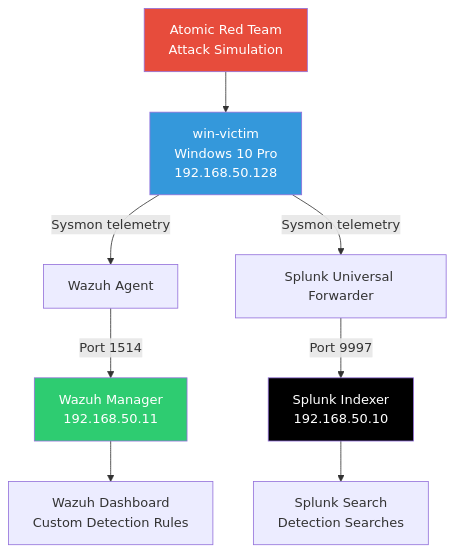
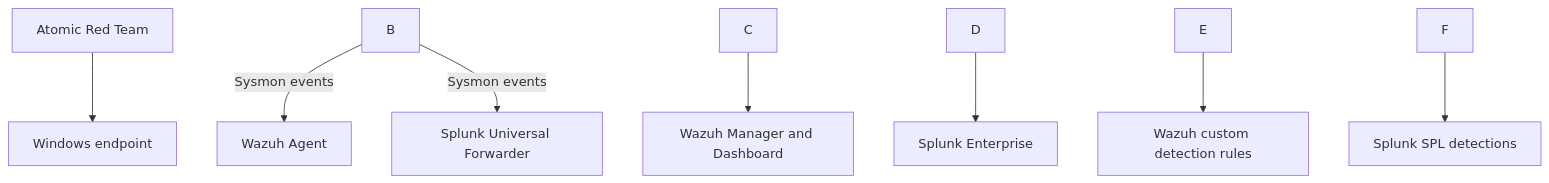
One commit to akashreddygaddam/endpoint-threat-detection changed the diagram in README.md. Above: the diagram before and after it, drawn with Mermaid. The commit also changed other lines of this file and 1 other file, not shown here.

Commit message:
Upgrade endpoint threat detection project

````diff
--- a/README.md
+++ b/README.md
@@ -61,15 +15,10 @@
 ```mermaid
 flowchart TD
-    A[Atomic Red Team<br/>Attack Simulation] --> B[win-victim<br/>Windows 10 Pro<br/>192.168.50.128]
-    B -->|Sysmon telemetry| C[Wazuh Agent]
-    B -->|Sysmon telemetry| D[Splunk Universal Forwarder]
-    C -->|Port 1514| E[Wazuh Manager<br/>192.168.50.11]
-    D -->|Port 9997| F[Splunk Indexer<br/>192.168.50.10]
-    E --> G[Wazuh Dashboard<br/>Custom Detection Rules]
-    F --> H[Splunk Search<br/>Detection Searches]
-
-    style A fill:#e74c3c,color:#fff
-    style B fill:#3498db,color:#fff
-    style E fill:#2ecc71,color:#fff
-    style F fill:#000,color:#fff
+    A\[Atomic Red Team] --> B\[Windows endpoint]
+    B -->|Sysmon events| C\[Wazuh Agent]
+    B -->|Sysmon events| D\[Splunk Universal Forwarder]
+    C --> E\[Wazuh Manager and Dashboard]
+    D --> F\[Splunk Enterprise]
+    E --> G\[Wazuh custom detection rules]
+    F --> H\[Splunk SPL detections]
 ```
````
